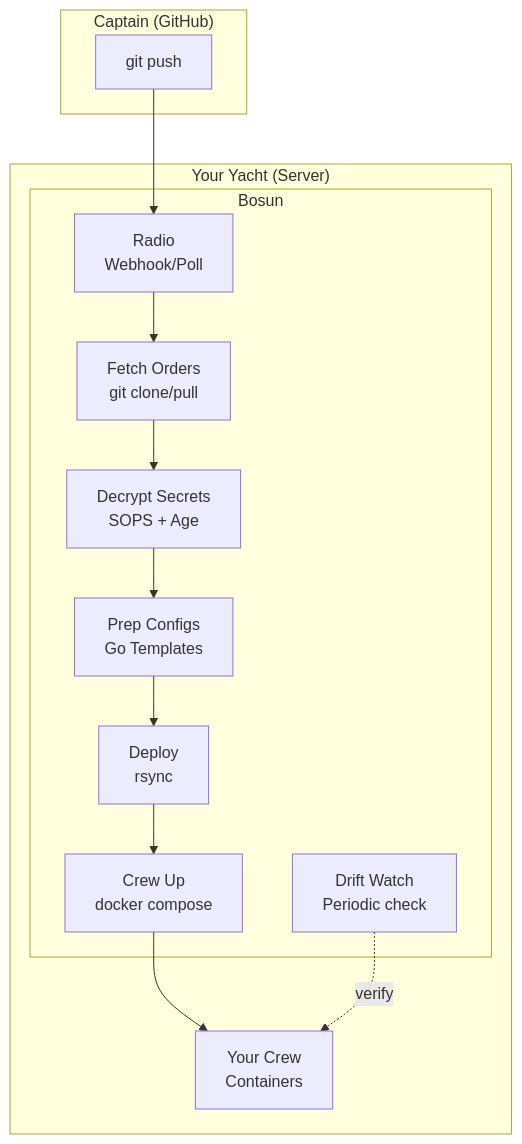
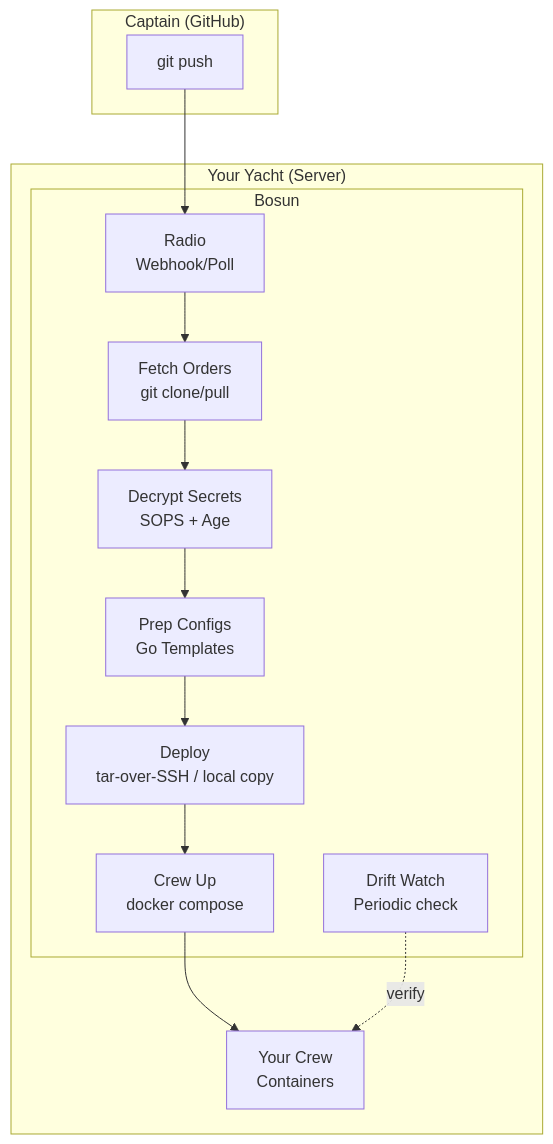
Before and after one commit to cameronsjo/bosun: the diagram in docs/diagrams/architecture.mmd, drawn with Mermaid. The commit also changed 15 other files, not shown here.

```diff
--- a/docs/diagrams/architecture.mmd
+++ b/docs/diagrams/architecture.mmd
@@ -1,26 +1,26 @@
 flowchart TB
     subgraph Captain["Captain (GitHub)"]
         GH[git push]
     end
 
     subgraph Yacht["Your Yacht (Server)"]
         subgraph Bosun
             Radio["Radio<br/>Webhook/Poll"]
             Fetch["Fetch Orders<br/>git clone/pull"]
             Decrypt["Decrypt Secrets<br/>SOPS + Age"]
             Template["Prep Configs<br/>Go Templates"]
-            Deploy["Deploy<br/>rsync"]
+            Deploy["Deploy<br/>tar-over-SSH / local copy"]
             ComposeUp["Crew Up<br/>docker compose"]
             Drift["Drift Watch<br/>Periodic check"]
         end
         Crew["Your Crew<br/>Containers"]
     end
 
     GH --> Radio
     Radio --> Fetch
     Fetch --> Decrypt
     Decrypt --> Template
     Template --> Deploy
     Deploy --> ComposeUp
     ComposeUp --> Crew
     Drift -.->|verify| Crew
```
